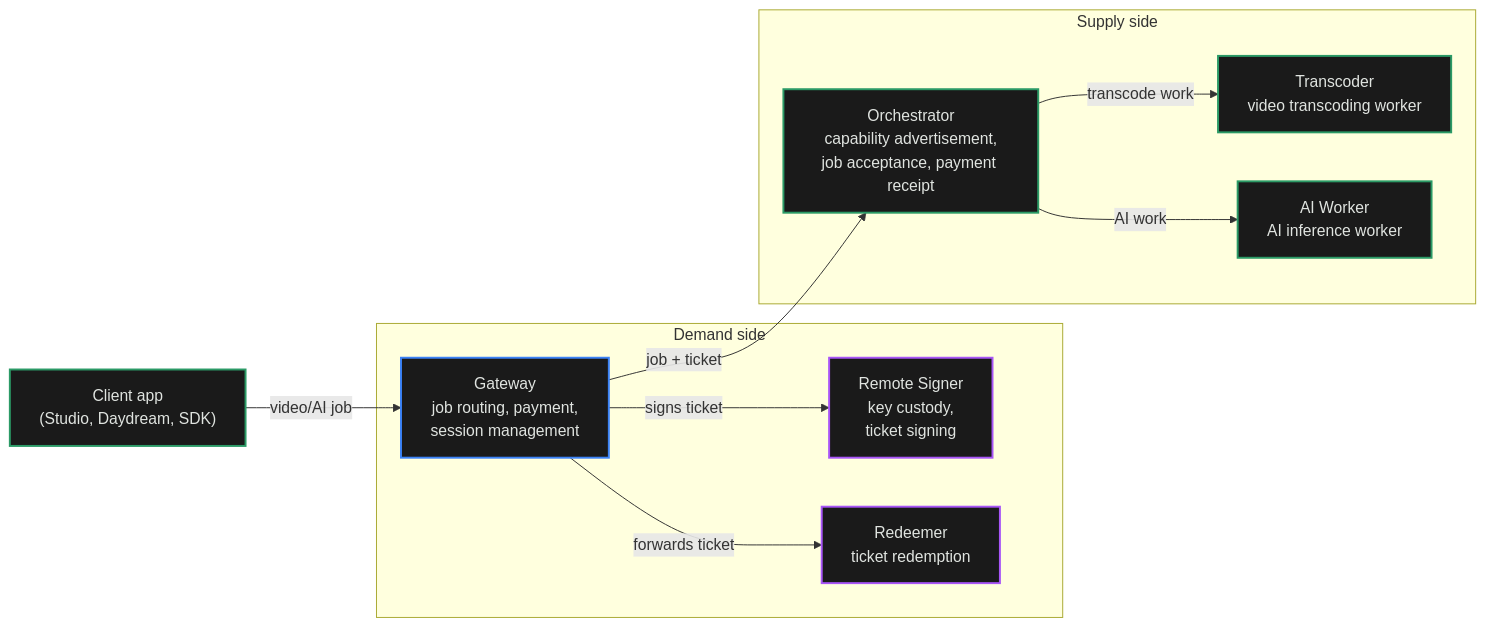
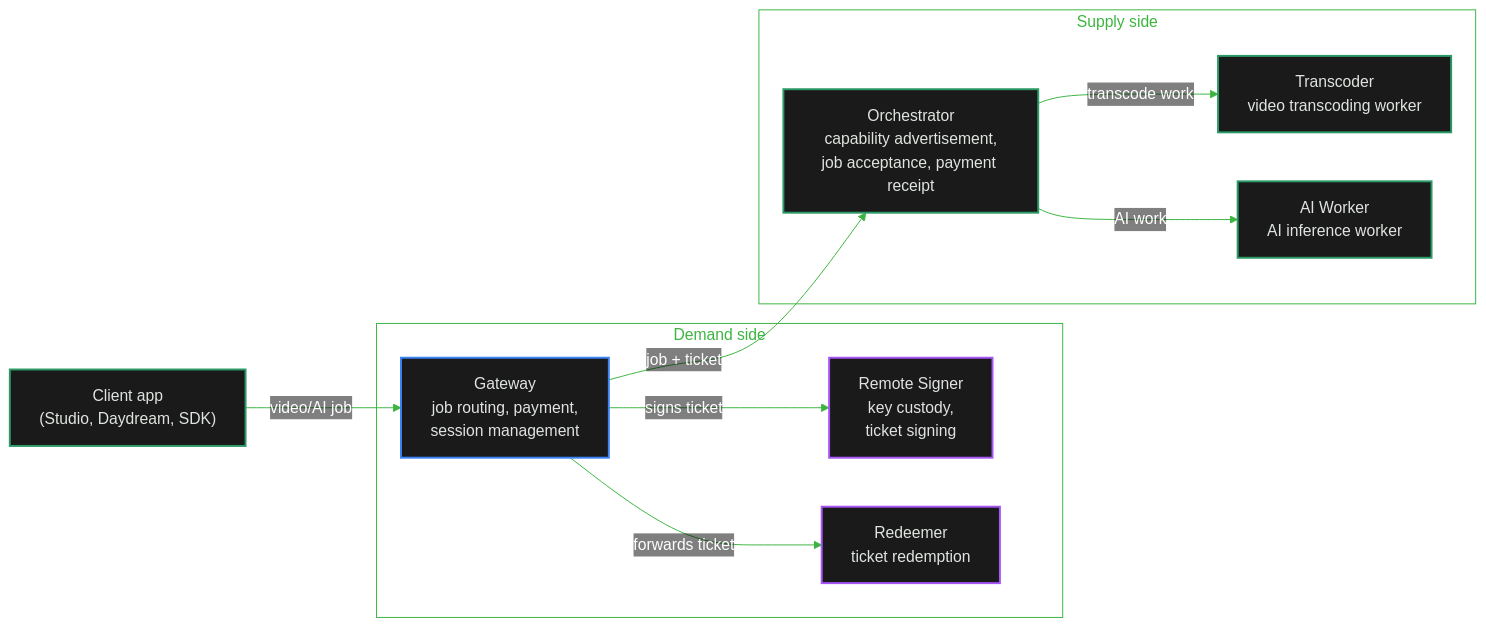
Before and after one commit to livepeer/docs: the third of 7 diagrams in v2/about/concepts/livepeer-stack.mdx, drawn with Mermaid. The commit also changed other lines of this file and 115 other files, not shown here.

Commit message:
update token, architecture

````diff
--- a/v2/about/concepts/livepeer-stack.mdx
+++ b/v2/about/concepts/livepeer-stack.mdx
@@ -228,29 +229,29 @@
 ```mermaid
-%%{init: {'theme': 'base', 'themeVariables': { 'primaryColor': '#1a1a1a', 'primaryTextColor': '#E0E4E0', 'primaryBorderColor': '#2b9a66', 'lineColor': '#2b9a66', 'secondaryColor': '#0d0d0d', 'tertiaryColor': '#1a1a1a', 'background': '#0d0d0d', 'fontFamily': "Inter, 'Inter Fallback', -apple-system, system-ui" }}}%%
+%%{init: {'theme': 'base', 'themeVariables': {'primaryColor': '#18794E', 'primaryTextColor': '#fff', 'primaryBorderColor': '#3CB540', 'lineColor': '#3CB540', 'mainBkg': '#18794E', 'nodeBorder': '#3CB540', 'clusterBkg': 'transparent', 'clusterBorder': '#3CB540', 'titleColor': '#3CB540', 'edgeLabelBackground': 'transparent', 'textColor': '#3CB540', 'nodeTextColor': '#fff'}}}%%
 flowchart LR
     classDef default fill:#1a1a1a,color:#E0E4E0,stroke:#2b9a66,stroke-width:2px
     classDef gw fill:#1a1a1a,color:#E0E4E0,stroke:#3b82f6,stroke-width:2px
     classDef orch fill:#1a1a1a,color:#E0E4E0,stroke:#2b9a66,stroke-width:2px
     classDef aux fill:#1a1a1a,color:#E0E4E0,stroke:#a855f7,stroke-width:2px
 
     Client["Client app<br/>(Studio, Daydream, SDK)"]:::default
 
     subgraph DemandSide["Demand side"]
         Gateway["Gateway<br/>job routing, payment,<br/>session management"]:::gw
         RemoteSigner["Remote Signer<br/>key custody,<br/>ticket signing"]:::aux
         Redeemer["Redeemer<br/>ticket redemption"]:::aux
     end
 
     subgraph SupplySide["Supply side"]
         Orchestrator["Orchestrator<br/>capability advertisement,<br/>job acceptance, payment receipt"]:::orch
         Transcoder["Transcoder<br/>video transcoding worker"]:::orch
         AIWorker["AI Worker<br/>AI inference worker"]:::orch
     end
 
     Client -->|"video/AI job"| Gateway
     Gateway -->|"signs ticket"| RemoteSigner
     Gateway -->|"forwards ticket"| Redeemer
     Gateway -->|"job + ticket"| Orchestrator
     Orchestrator -->|"transcode work"| Transcoder
     Orchestrator -->|"AI work"| AIWorker
 ```
````
